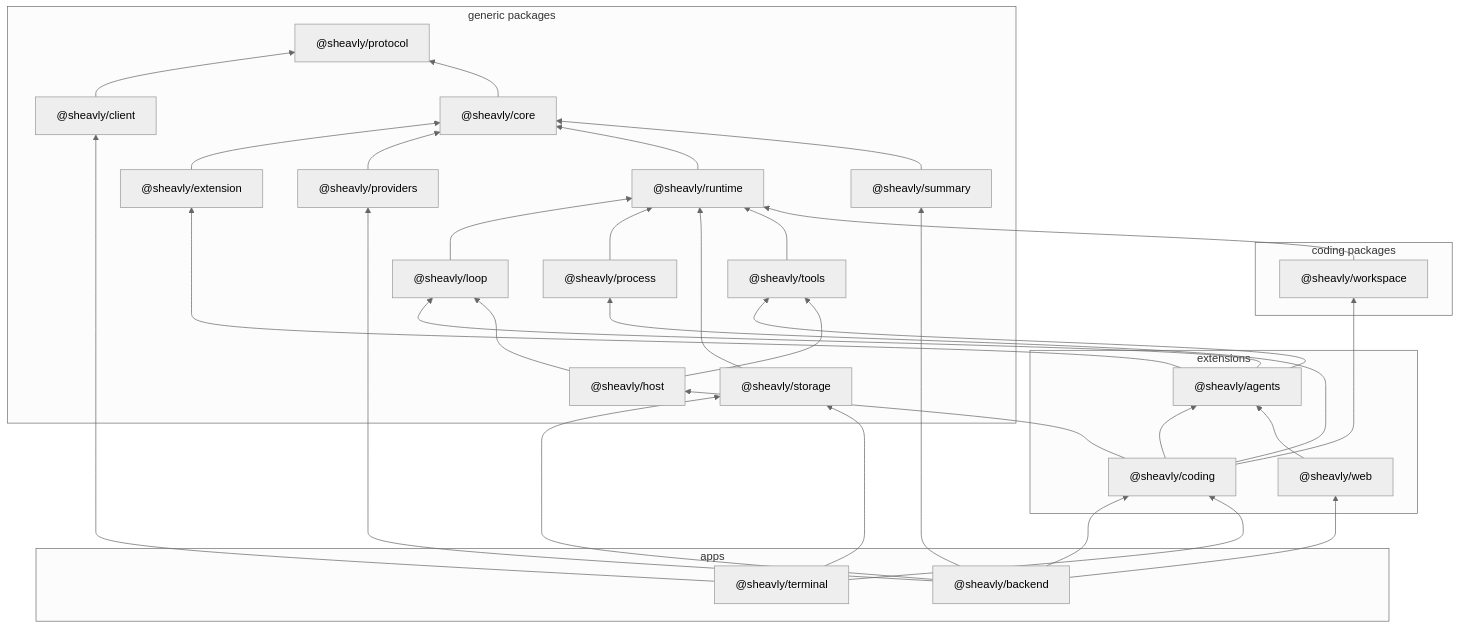
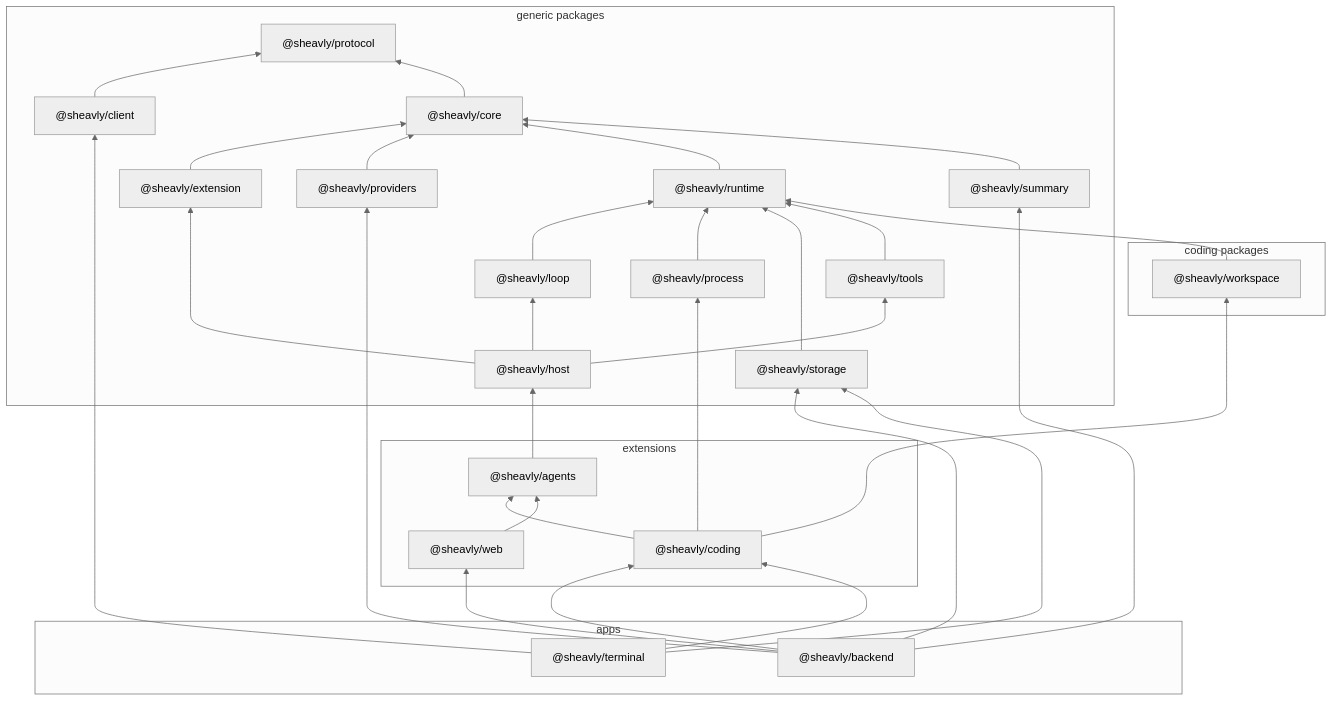
The diagram in docs/overview.md (Sheavly/code), drawn with Mermaid (neutral theme) before and after one commit. The commit also changed other lines of this file and 10 other files, not shown here.

````diff
--- a/docs/overview.md
+++ b/docs/overview.md
@@ -35,58 +35,56 @@
 ```mermaid
 flowchart BT
   subgraph group_generic ["generic packages"]
     client["@sheavly/client"]
     core["@sheavly/core"]
     extension["@sheavly/extension"]
     host["@sheavly/host"]
     loop["@sheavly/loop"]
     process["@sheavly/process"]
     protocol["@sheavly/protocol"]
     providers["@sheavly/providers"]
     runtime["@sheavly/runtime"]
     storage["@sheavly/storage"]
     summary["@sheavly/summary"]
     tools["@sheavly/tools"]
   end
   subgraph group_coding ["coding packages"]
     workspace["@sheavly/workspace"]
   end
   subgraph group_extensions ["extensions"]
     agents["@sheavly/agents"]
     coding["@sheavly/coding"]
     web["@sheavly/web"]
   end
   subgraph group_apps ["apps"]
     backend["@sheavly/backend"]
     terminal["@sheavly/terminal"]
   end
-  agents --> extension
-  agents --> loop
-  agents --> tools
+  agents --> host
   backend --> coding
   backend --> providers
   backend --> storage
   backend --> summary
   backend --> web
   client --> protocol
   coding --> agents
-  coding --> host
   coding --> process
   coding --> workspace
   core --> protocol
   extension --> core
+  host --> extension
   host --> loop
   host --> tools
   loop --> runtime
   process --> runtime
   providers --> core
   runtime --> core
   storage --> runtime
   summary --> core
   terminal --> client
   terminal --> coding
   terminal --> storage
   tools --> runtime
   web --> agents
   workspace --> runtime
 ```
````
